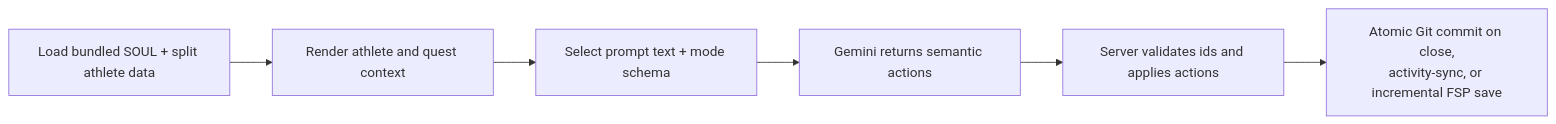
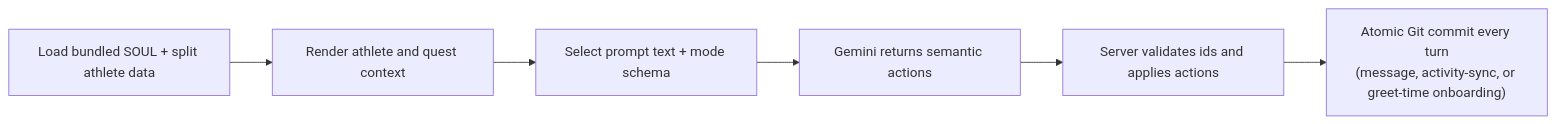
Before and after one commit to sibling-shipyard/coach-hq: the diagram in ui/api/coach-chat/README.md, drawn with Mermaid. The commit also changed other lines of this file and 39 other files, not shown here.

````diff
--- a/ui/api/coach-chat/README.md
+++ b/ui/api/coach-chat/README.md
@@ -17,8 +17,8 @@
 ```mermaid
 flowchart LR
     read["Load bundled SOUL + split athlete data"] --> render["Render athlete and quest context"]
     render --> prompt["Select prompt text + mode schema"]
     prompt --> gemini["Gemini returns semantic actions"]
     gemini --> apply["Server validates ids and applies actions"]
-    apply --> commit["Atomic Git commit on close,\nactivity-sync, or incremental FSP save"]
+    apply --> commit["Atomic Git commit every turn\n(message, activity-sync, or greet-time onboarding)"]
 ```
````
